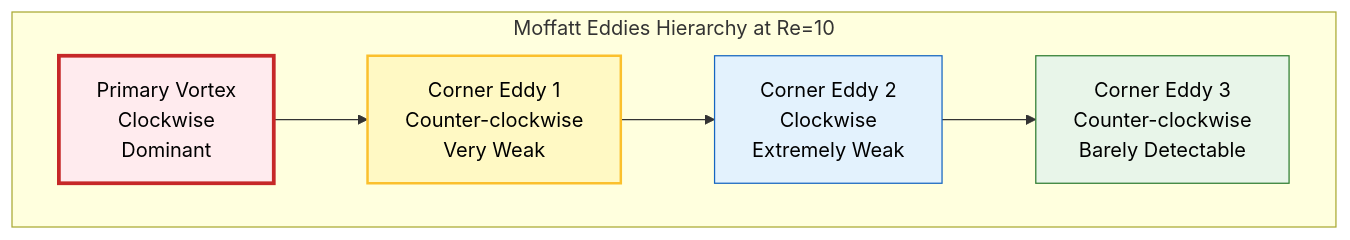
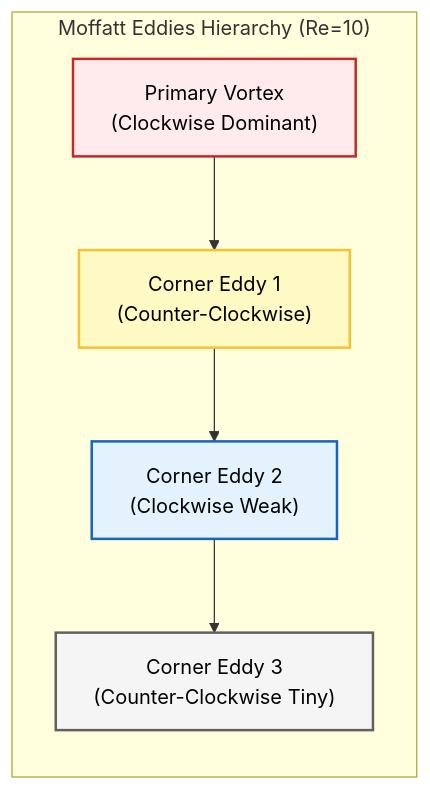
One commit to wramet/build-my-cfd changed the third of 3 diagrams in MODULE_01_CFD_FUNDAMENTALS/CONTENT/04_FIRST_SIMULATION/05_Expected_Results.md. Above: the diagram before and after it, drawn with Mermaid. The commit also changed other lines of this file and 313 other files, not shown here.

Commit message:
Revise all diagram

````diff
--- a/MODULE_01_CFD_FUNDAMENTALS/CONTENT/04_FIRST_SIMULATION/05_Expected_Results.md
+++ b/MODULE_01_CFD_FUNDAMENTALS/CONTENT/04_FIRST_SIMULATION/05_Expected_Results.md
@@ -114,18 +110,18 @@
 ```mermaid
 graph TD
-    subgraph "Moffatt Eddies Hierarchy at Re=10"
-        A["Primary Vortex<br/>Clockwise<br/>Dominant"]
-        B["Corner Eddy 1<br/>Counter-clockwise<br/>Very Weak"]
-        C["Corner Eddy 2<br/>Clockwise<br/>Extremely Weak"]
-        D["Corner Eddy 3<br/>Counter-clockwise<br/>Barely Detectable"]
+    subgraph "Moffatt Eddies Hierarchy (Re=10)"
+        direction TB
+        A["Primary Vortex<br/>(Clockwise Dominant)"]:::volatile
+        B["Corner Eddy 1<br/>(Counter-Clockwise)"]:::explicit
+        C["Corner Eddy 2<br/>(Clockwise Weak)"]:::implicit
+        D["Corner Eddy 3<br/>(Counter-Clockwise Tiny)"]:::context
     end
-
     A --> B
     B --> C
     C --> D
 
-    style A fill:#ffebee,stroke:#c62828,stroke-width:3px,color:#000
-    style B fill:#fff9c4,stroke:#fbc02d,stroke-width:2px,color:#000
-    style C fill:#e3f2fd,stroke:#1565c0,stroke-width:1px,color:#000
-    style D fill:#e8f5e9,stroke:#2e7d32,stroke-width:1px,color:#000
+    classDef context fill:#f5f5f5,stroke:#616161,stroke-width:2px,color:#000;
+    classDef implicit fill:#e3f2fd,stroke:#1565c0,stroke-width:2px,color:#000;
+    classDef explicit fill:#fff9c4,stroke:#fbc02d,stroke-width:2px,color:#000;
+    classDef volatile fill:#ffebee,stroke:#c62828,stroke-width:2px,color:#000;
 ```
````
